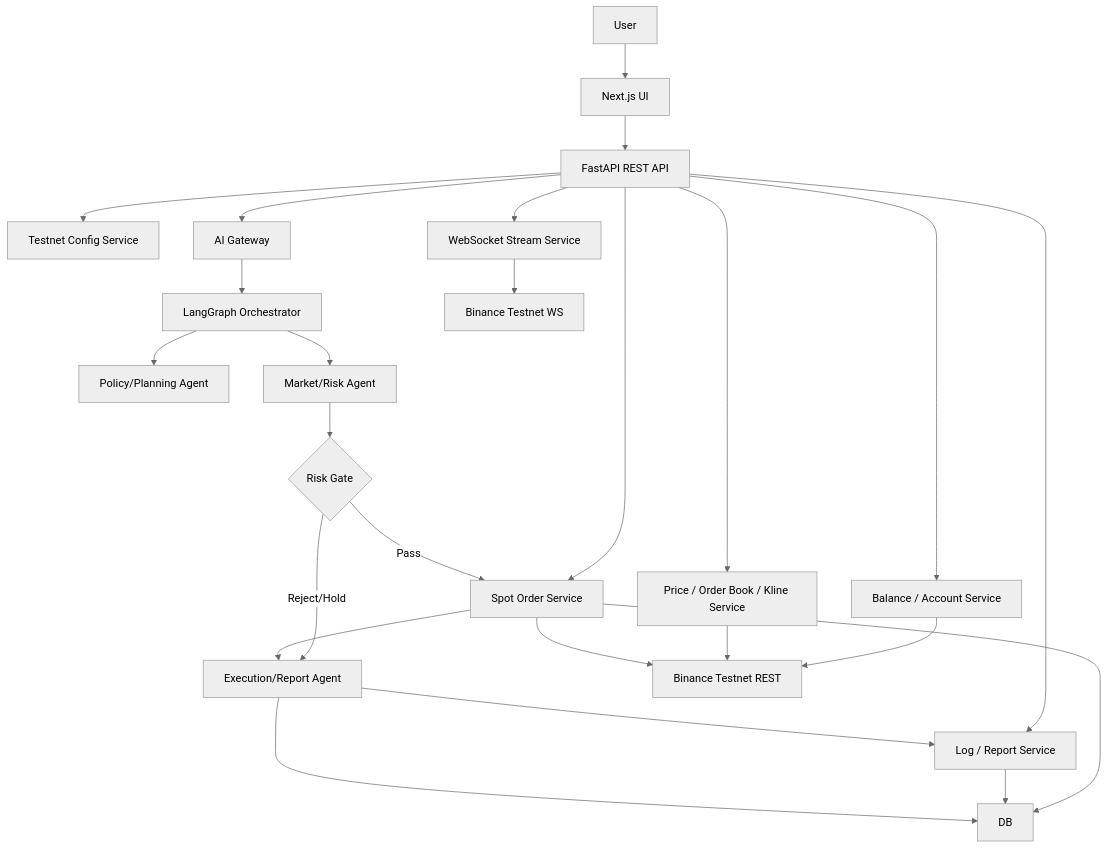
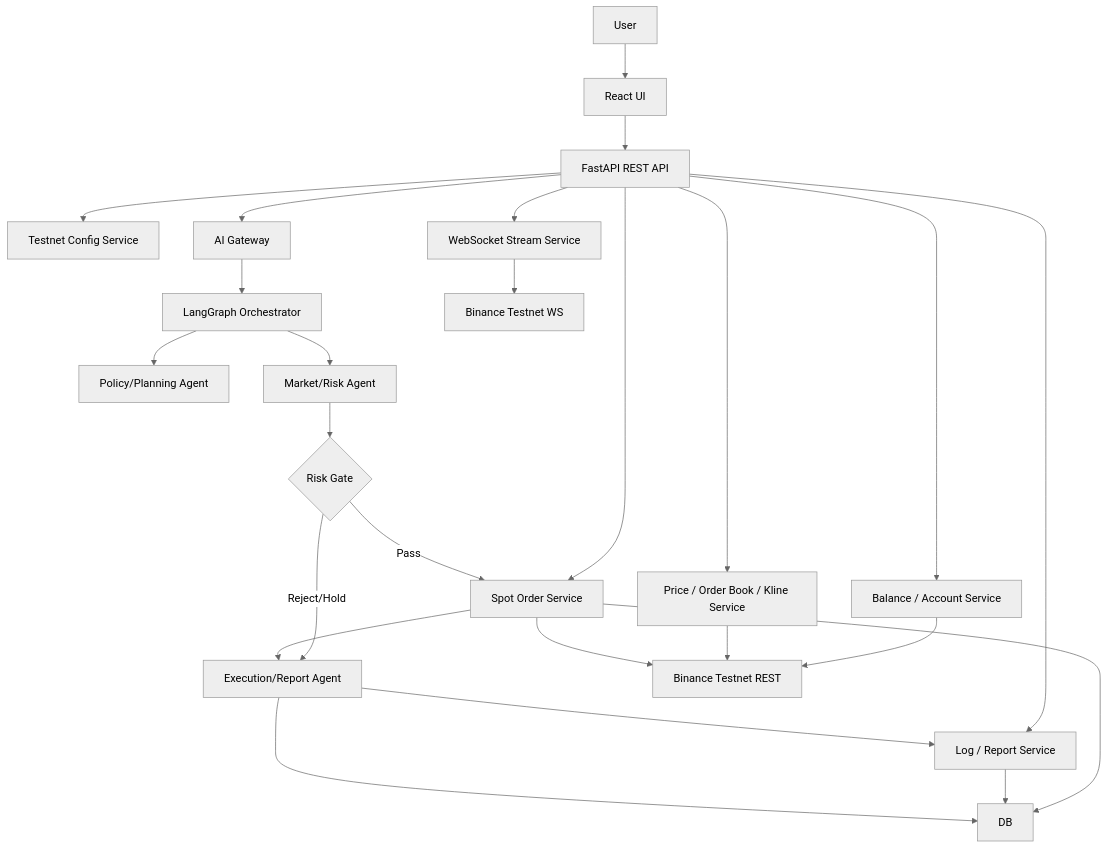
Before and after one commit to UpstageAI/sw-maestro-project: the second of 4 diagrams in ARCHITECTURE.md, drawn with Mermaid (neutral theme). The commit also changed other lines of this file and 3 other files, not shown here.

Commit message:
refactor: remove NextJS and add React

````diff
--- a/ARCHITECTURE.md
+++ b/ARCHITECTURE.md
@@ -50,27 +50,27 @@
 ```mermaid
 flowchart TB
-    USER[User] --> UI[Next.js UI]
+    USER[User] --> UI[React UI]
     UI --> API[FastAPI REST API]
     API --> CONFIG[Testnet Config Service]
     API --> ACCOUNT[Balance / Account Service]
     API --> MARKET[Price / Order Book / Kline Service]
     API --> ORDER[Spot Order Service]
     API --> STREAM[WebSocket Stream Service]
     API --> LOG[Log / Report Service]
     API --> AIGW[AI Gateway]
     AIGW --> ORCH[LangGraph Orchestrator]
     ORCH --> P[Policy/Planning Agent]
     ORCH --> R[Market/Risk Agent]
     R --> G{Risk Gate}
     G -->|Pass| ORDER
     G -->|Reject/Hold| E[Execution/Report Agent]
     ORDER --> E[Execution/Report Agent]
     E --> LOG
     ACCOUNT --> BREST[Binance Testnet REST]
     MARKET --> BREST
     ORDER --> BREST
     STREAM --> BWS[Binance Testnet WS]
     ORDER --> DB
     LOG --> DB
     E --> DB
 ```
````
